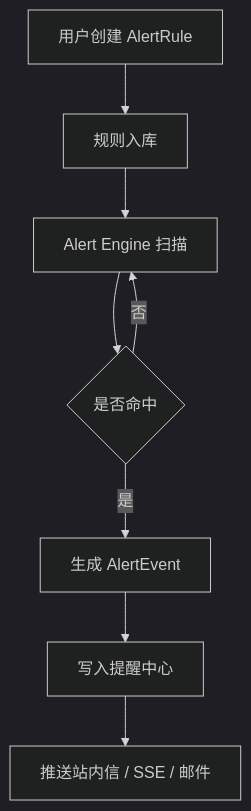
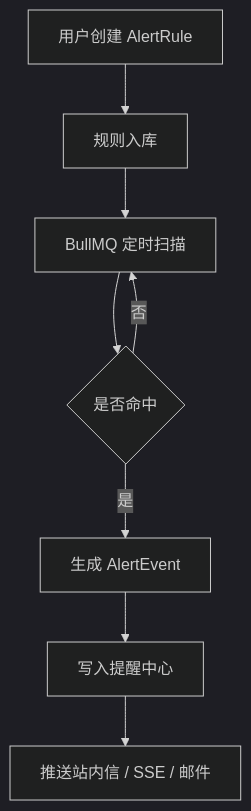
Diagram 13 of 15 in docs/technical-architecture.md (583175694/alpha-sight), drawn with Mermaid (dark theme) before and after one commit. The commit also changed other lines of this file and 1 other file, not shown here.

First line of the commit message:
feat: update technical architecture documentation for v0.3

````diff
--- a/docs/technical-architecture.md
+++ b/docs/technical-architecture.md
@@ -783,14 +953,14 @@
 ```mermaid
 flowchart TD
     A[用户创建 AlertRule]
     B[规则入库]
-    C[Alert Engine 扫描]
+    C[BullMQ 定时扫描]
     D{是否命中}
     E[生成 AlertEvent]
     F[写入提醒中心]
     G[推送站内信 / SSE / 邮件]
 
     A --> B --> C --> D
     D -- 否 --> C
     D -- 是 --> E --> F --> G
 ```
````
